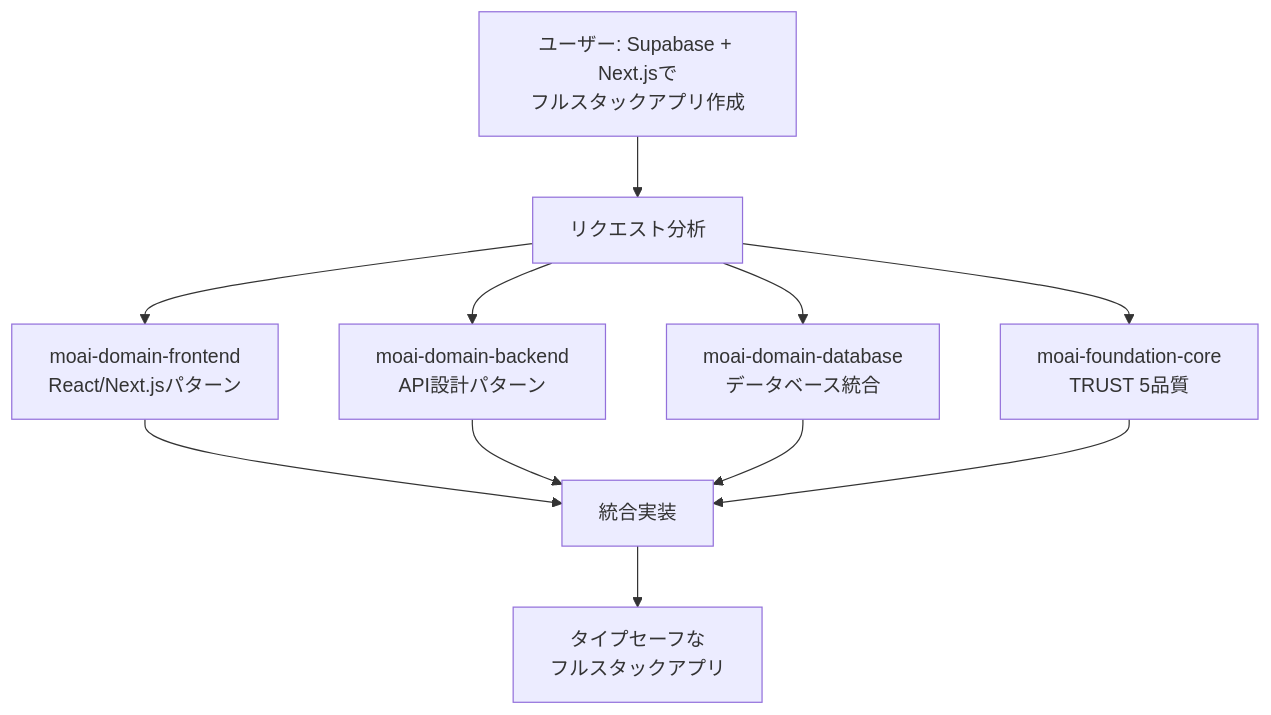
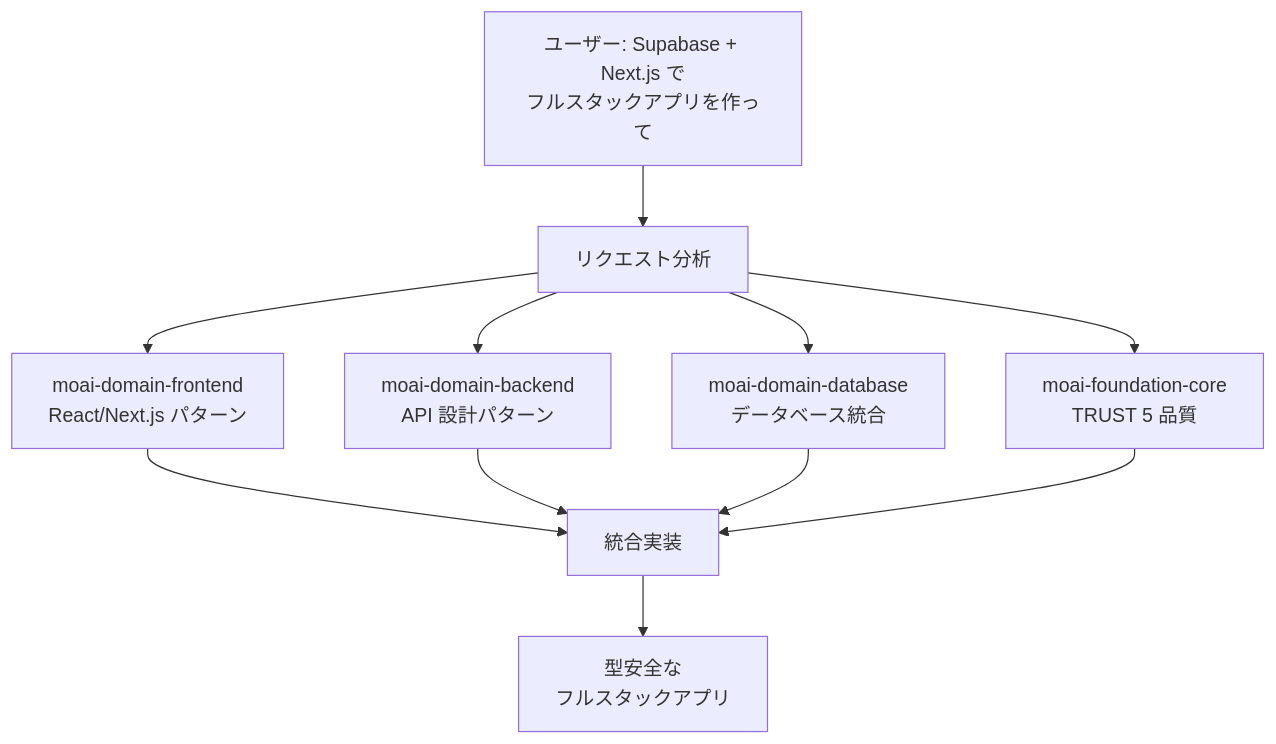
Before and after one commit to modu-ai/moai-adk: the fourth of 4 diagrams in docs-site/content/ja/advanced/skill-guide.md, drawn with Mermaid. The commit also changed other lines of this file and 395 other files, not shown here.

````diff
--- a/docs-site/content/ja/advanced/skill-guide.md
+++ b/docs-site/content/ja/advanced/skill-guide.md
@@ -308,16 +308,16 @@
 ```mermaid
 flowchart TD
-    REQ["ユーザー: Supabase + Next.jsで<br/>フルスタックアプリ作成"] --> ANALYZE[リクエスト分析]
+    REQ["ユーザー: Supabase + Next.js で<br>フルスタックアプリを作って"] --> ANALYZE[リクエスト分析]
 
-    ANALYZE --> S1["moai-domain-frontend<br/>React/Next.jsパターン"]
-    ANALYZE --> S2["moai-domain-backend<br/>API設計パターン"]
-    ANALYZE --> S3["moai-domain-database<br/>データベース統合"]
-    ANALYZE --> S4["moai-foundation-core<br/>TRUST 5品質"]
+    ANALYZE --> S1["moai-domain-frontend<br>React/Next.js パターン"]
+    ANALYZE --> S2["moai-domain-backend<br>API 設計パターン"]
+    ANALYZE --> S3["moai-domain-database<br>データベース統合"]
+    ANALYZE --> S4["moai-foundation-core<br>TRUST 5 品質"]
 
     S1 --> IMPL[統合実装]
     S2 --> IMPL
     S3 --> IMPL
     S4 --> IMPL
 
-    IMPL --> RESULT["タイプセーフな<br/>フルスタックアプリ"]
+    IMPL --> RESULT["型安全な<br>フルスタックアプリ"]
 ```
````
